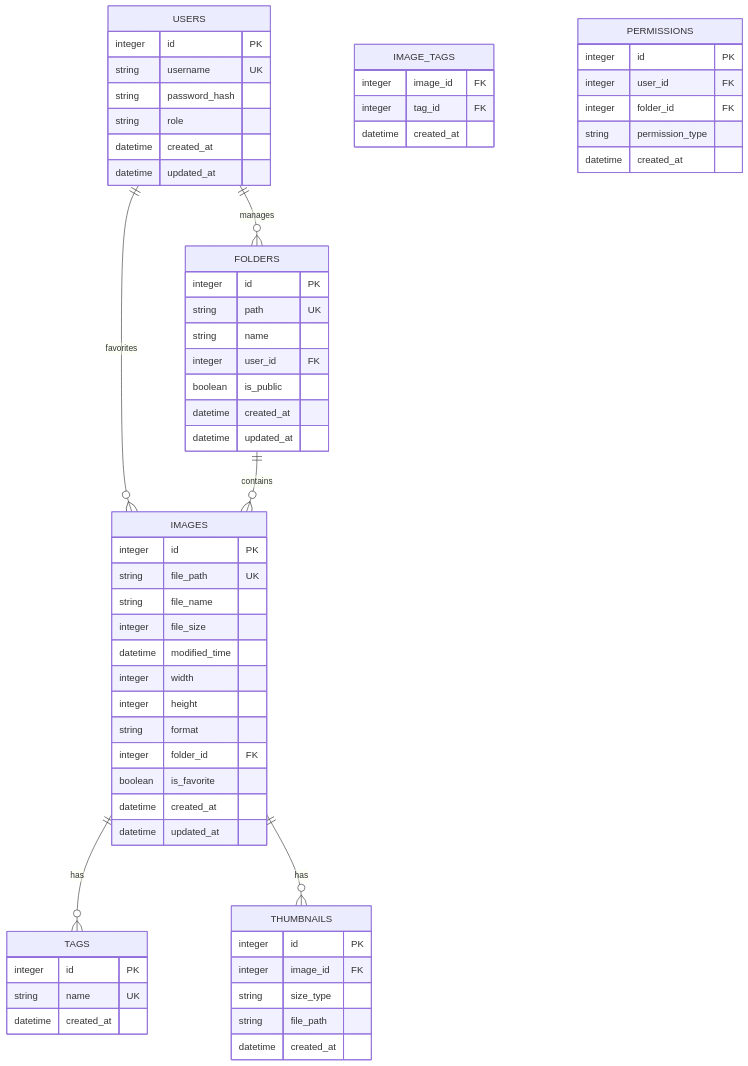
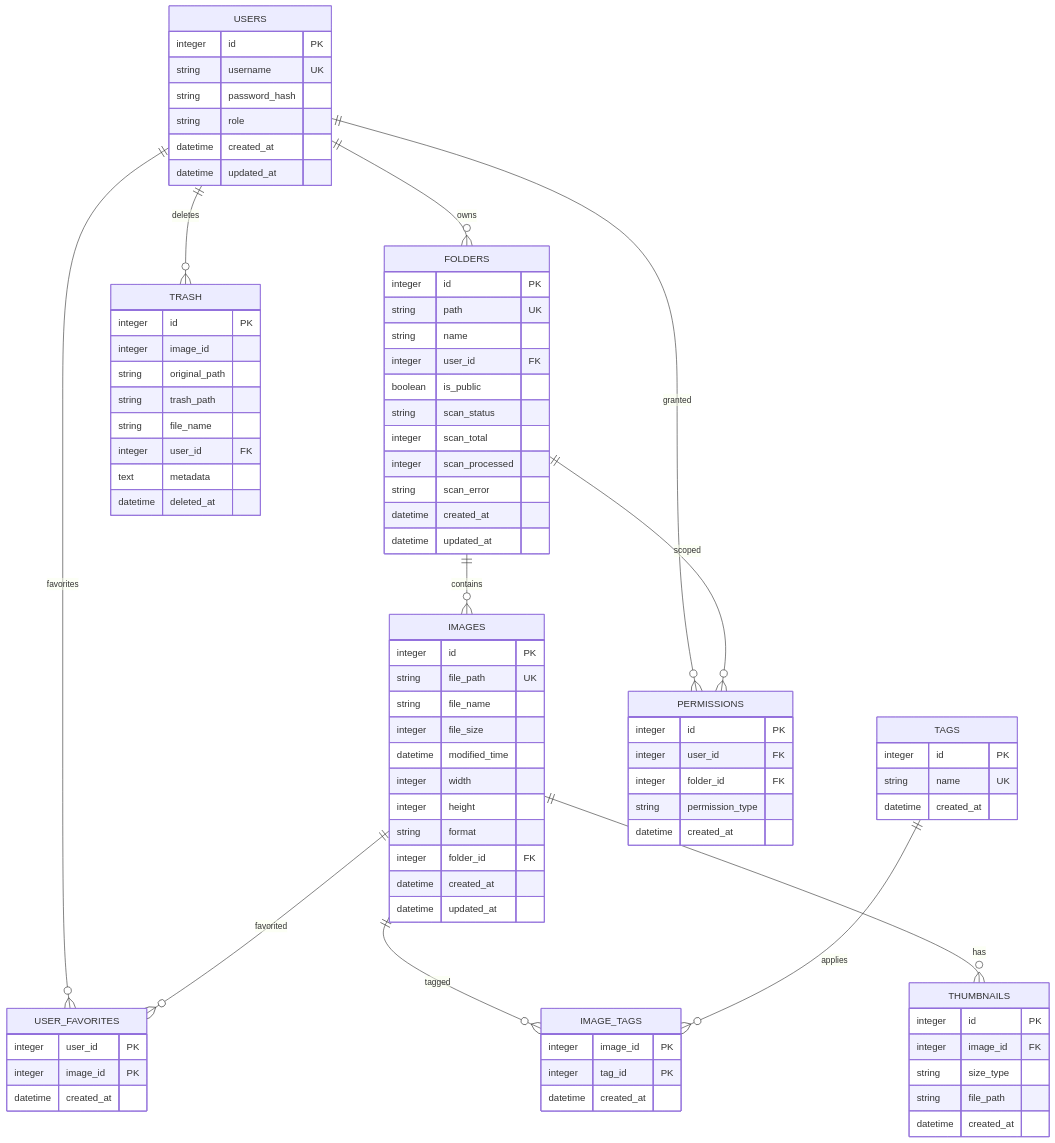
Before and after one commit to Yoyzhao/PictureWeb: the third of 5 diagrams in docs/tech/PictureWeb技术架构文档.md, drawn with Mermaid. The commit also changed other lines of this file and 31 other files, not shown here.

````diff
--- a/docs/tech/PictureWeb技术架构文档.md
+++ b/docs/tech/PictureWeb技术架构文档.md
@@ -132,11 +173,16 @@
 ```mermaid
 erDiagram
-    USERS ||--o{ FOLDERS : manages
-    USERS ||--o{ IMAGES : favorites
+    USERS ||--o{ FOLDERS : owns
+    USERS ||--o{ USER_FAVORITES : favorites
+    IMAGES ||--o{ USER_FAVORITES : favorited
     FOLDERS ||--o{ IMAGES : contains
-    IMAGES ||--o{ TAGS : has
+    IMAGES ||--o{ IMAGE_TAGS : tagged
+    TAGS ||--o{ IMAGE_TAGS : applies
     IMAGES ||--o{ THUMBNAILS : has
-    
+    USERS ||--o{ PERMISSIONS : granted
+    FOLDERS ||--o{ PERMISSIONS : scoped
+    USERS ||--o{ TRASH : deletes
+
     USERS {
         integer id PK
         string username UK
@@ -145,17 +191,21 @@
         datetime created_at
         datetime updated_at
     }
-    
+
     FOLDERS {
         integer id PK
         string path UK
         string name
         integer user_id FK
         boolean is_public
+        string scan_status
+        integer scan_total
+        integer scan_processed
+        string scan_error
         datetime created_at
         datetime updated_at
     }
-    
+
     IMAGES {
         integer id PK
         string file_path UK
@@ -166,23 +216,28 @@
         integer height
         string format
         integer folder_id FK
-        boolean is_favorite
         datetime created_at
         datetime updated_at
     }
-    
+
+    USER_FAVORITES {
+        integer user_id PK
+        integer image_id PK
+        datetime created_at
+    }
+
     TAGS {
         integer id PK
         string name UK
         datetime created_at
     }
-    
+
     IMAGE_TAGS {
-        integer image_id FK
-        integer tag_id FK
+        integer image_id PK
+        integer tag_id PK
         datetime created_at
     }
-    
+
     THUMBNAILS {
         integer id PK
         integer image_id FK
@@ -190,7 +245,7 @@
         string file_path
         datetime created_at
     }
-    
+
     PERMISSIONS {
         integer id PK
         integer user_id FK
@@ -198,4 +253,15 @@
         string permission_type
         datetime created_at
     }
+
+    TRASH {
+        integer id PK
+        integer image_id
+        string original_path
+        string trash_path
+        string file_name
+        integer user_id FK
+        text metadata
+        datetime deleted_at
+    }
 ```
````
